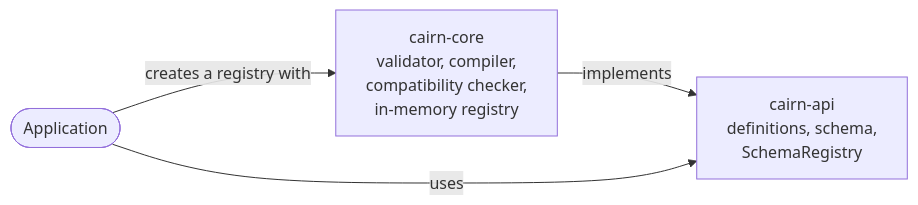
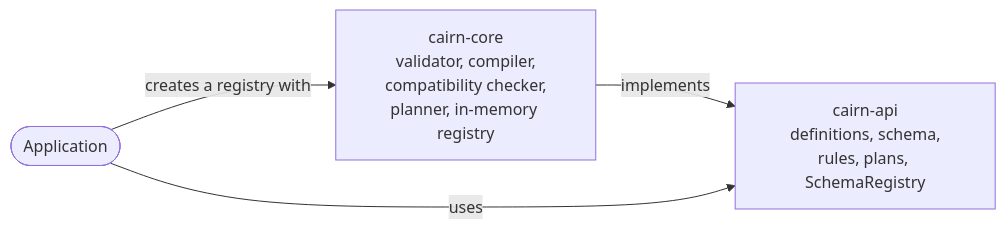
One commit to enricoag1982/Cairn changed the second of 2 diagrams in docs/architecture/README.md. Above: the diagram before and after it, drawn with Mermaid. The commit also changed other lines of this file and 1 other file, not shown here.

First line of the commit message:
docs: describe rules, plans and problem details on the architecture page

````diff
--- a/docs/architecture/README.md
+++ b/docs/architecture/README.md
@@ -68,6 +68,6 @@
 ```mermaid
 flowchart LR
-    core[cairn-core<br/>validator, compiler,<br/>compatibility checker,<br/>in-memory registry] -->|implements| api[cairn-api<br/>definitions, schema,<br/>SchemaRegistry]
+    core[cairn-core<br/>validator, compiler,<br/>compatibility checker,<br/>planner, in-memory registry] -->|implements| api[cairn-api<br/>definitions, schema,<br/>rules, plans, SchemaRegistry]
     app([Application]) -->|uses| api
     app -->|creates a registry with| core
 ```
````
